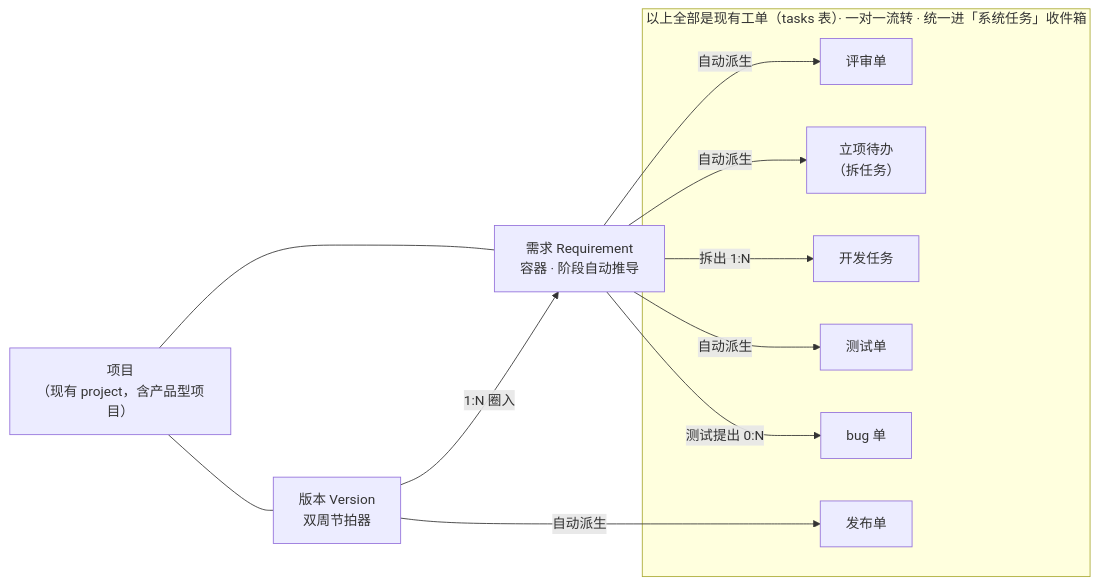
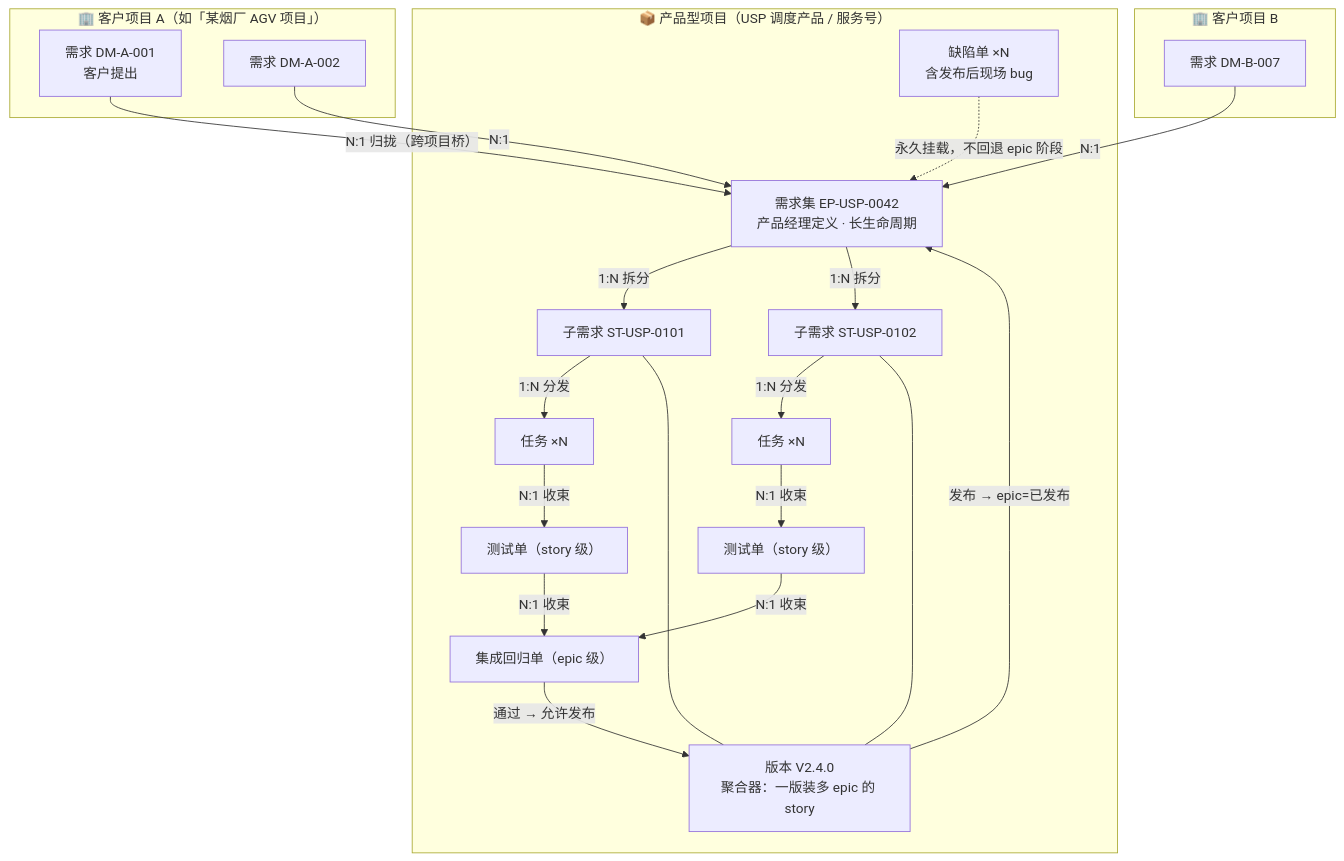
Before and after one commit to dhualai/OpenRobotService: the first of 14 diagrams in docs/PRODUCT/需求流转与版本管理设计方案.md, drawn with Mermaid. The commit also changed other lines of this file, not shown here.

````diff
--- a/docs/PRODUCT/需求流转与版本管理设计方案.md
+++ b/docs/PRODUCT/需求流转与版本管理设计方案.md
@@ -65,20 +97,39 @@
 ```mermaid
-flowchart LR
-    PROJ["项目<br/>（现有 project，含产品型项目）"] --- V["版本 Version<br/>双周节拍器"]
-    PROJ --- R["需求 Requirement<br/>容器 · 阶段自动推导"]
-    V -->|"1:N 圈入"| R
-    R -->|自动派生| RT["评审单"]
-    R -->|自动派生| KT["立项待办<br/>（拆任务）"]
-    R -->|"拆出 1:N"| DT["开发任务"]
-    R -->|自动派生| TT["测试单"]
-    R -->|"测试提出 0:N"| BT["bug 单"]
-    V -->|自动派生| FT["发布单"]
-    subgraph TASKS["以上全部是现有工单（tasks 表）· 一对一流转 · 统一进「系统任务」收件箱"]
-        RT
-        KT
-        DT
-        TT
-        BT
-        FT
+flowchart TB
+    subgraph CP["🏢 客户项目 A（如「某烟厂 AGV 项目」）"]
+        DA1["需求 DM-A-001<br/>客户提出"]
+        DA2["需求 DM-A-002"]
     end
+    subgraph CP2["🏢 客户项目 B"]
+        DB1["需求 DM-B-007"]
+    end
+    subgraph PP["📦 产品型项目（USP 调度产品 / 服务号）"]
+        E["需求集 EP-USP-0042<br/>产品经理定义 · 长生命周期"]
+        S1["子需求 ST-USP-0101"]
+        S2["子需求 ST-USP-0102"]
+        T1["任务 ×N"]
+        T2["任务 ×N"]
+        TS1["测试单（story 级）"]
+        TS2["测试单（story 级）"]
+        IT["集成回归单（epic 级）"]
+        BG["缺陷单 ×N<br/>含发布后现场 bug"]
+        V["版本 V2.4.0<br/>聚合器：一版装多 epic 的 story"]
+    end
+
+    DA1 -->|"N:1 归拢（跨项目桥）"| E
+    DA2 -->|"N:1"| E
+    DB1 -->|"N:1"| E
+    E -->|"1:N 拆分"| S1
+    E -->|"1:N 拆分"| S2
+    S1 -->|"1:N 分发"| T1
+    S2 -->|"1:N 分发"| T2
+    T1 -->|"N:1 收束"| TS1
+    T2 -->|"N:1 收束"| TS2
+    TS1 -->|"N:1 收束"| IT
+    TS2 -->|"N:1 收束"| IT
+    IT -->|"通过 → 允许发布"| V
+    V -->|"发布 → epic=已发布"| E
+    BG -.->|"永久挂载，不回退 epic 阶段"| E
+    S1 --- V
+    S2 --- V
 ```
````
